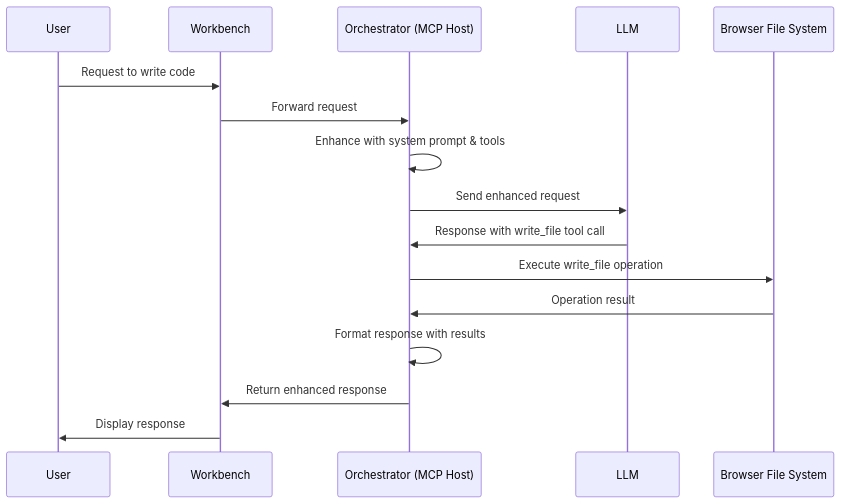
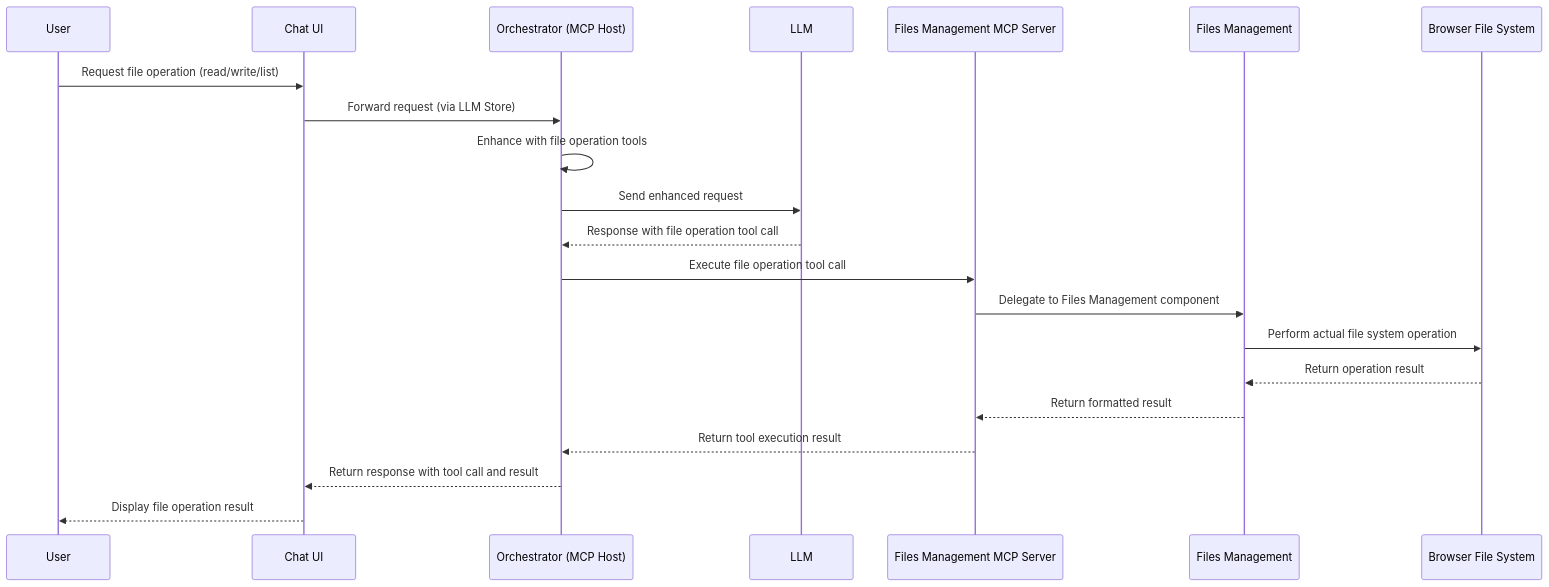
Before and after one commit to mrsimpson/piddie: the fourth of 5 diagrams in packages/llm-integration/README.md, drawn with Mermaid. The commit also changed other lines of this file, not shown here.

Commit message:
docs: placeholder and mcp integration in llm package

````diff
--- a/packages/llm-integration/README.md
+++ b/packages/llm-integration/README.md
@@ -80,23 +183,28 @@
 ```mermaid
 sequenceDiagram
     participant User
-    participant Workbench
+    participant ChatUI as Chat UI
     participant Orchestrator as Orchestrator (MCP Host)
     participant LLM
+    participant FMMCP as Files Management MCP Server
+    participant FM as Files Management
     participant BFS as Browser File System
 
-    User->>Workbench: Request to write code
-    Workbench->>Orchestrator: Forward request
-
-    Orchestrator->>Orchestrator: Enhance with system prompt & tools
+    User->>ChatUI: Request file operation (read/write/list)
+    ChatUI->>Orchestrator: Forward request (via LLM Store)
+    
+    Orchestrator->>Orchestrator: Enhance with file operation tools
     Orchestrator->>LLM: Send enhanced request
-
-    LLM->>Orchestrator: Response with write_file tool call
-
-    Orchestrator->>BFS: Execute write_file operation
-    BFS->>Orchestrator: Operation result
-
-    Orchestrator->>Orchestrator: Format response with results
-    Orchestrator->>Workbench: Return enhanced response
-    Workbench->>User: Display response
+    
+    LLM-->>Orchestrator: Response with file operation tool call
+    
+    Orchestrator->>FMMCP: Execute file operation tool call
+    FMMCP->>FM: Delegate to Files Management component
+    FM->>BFS: Perform actual file system operation
+    BFS-->>FM: Return operation result
+    FM-->>FMMCP: Return formatted result
+    FMMCP-->>Orchestrator: Return tool execution result
+    
+    Orchestrator-->>ChatUI: Return response with tool call and result
+    ChatUI-->>User: Display file operation result
 ```
````
